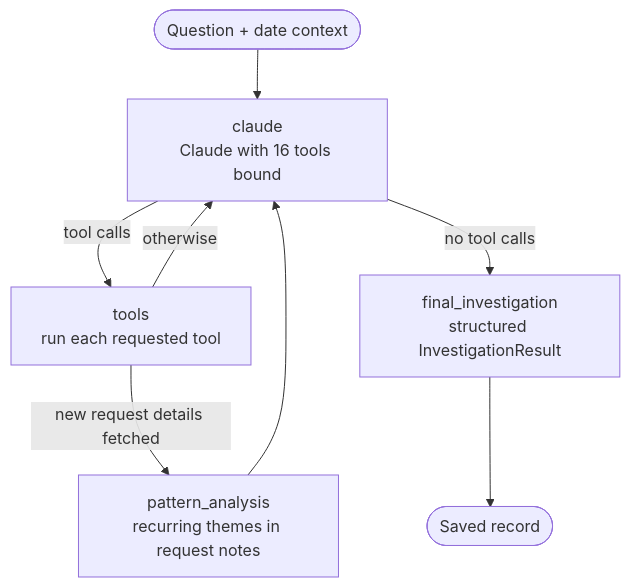
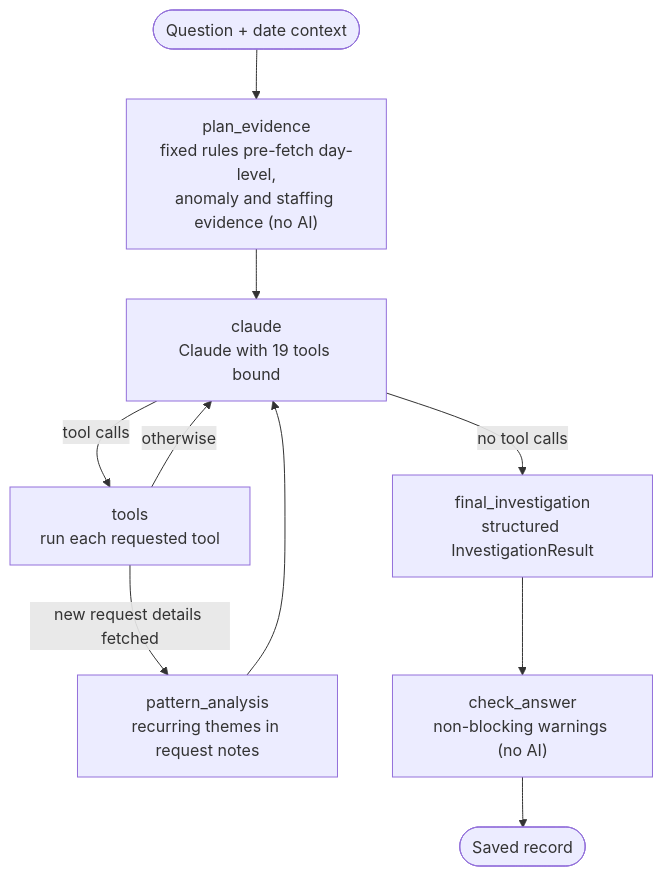
One commit to MayYashar27/operations-copilot changed the second of 3 diagrams in README.md. Above: the diagram before and after it, drawn with Mermaid. The commit also changed other lines of this file and 6 other files, not shown here.

````diff
--- a/README.md
+++ b/README.md
@@ -199,10 +216,12 @@
 ```mermaid
 flowchart TD
-    START([Question + date context]) --> C["claude<br/>Claude with 16 tools bound"]
+    START([Question + date context]) --> PE["plan_evidence<br/>fixed rules pre-fetch day-level,<br/>anomaly and staffing evidence (no AI)"]
+    PE --> C["claude<br/>Claude with 19 tools bound"]
     C -- "tool calls" --> T["tools<br/>run each requested tool"]
     C -- "no tool calls" --> F["final_investigation<br/>structured InvestigationResult"]
     T -- "new request details fetched" --> P["pattern_analysis<br/>recurring themes in request notes"]
     T -- "otherwise" --> C
     P --> C
-    F --> END([Saved record])
+    F --> CA["check_answer<br/>non-blocking warnings (no AI)"]
+    CA --> END([Saved record])
 ```
````
